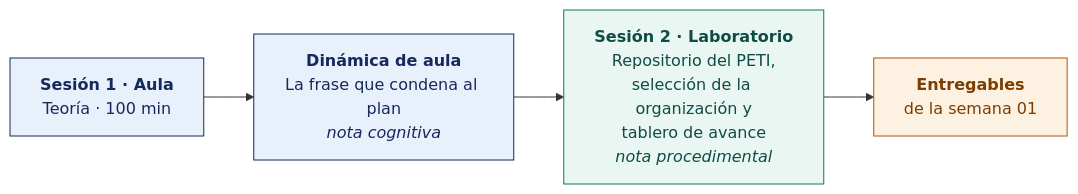
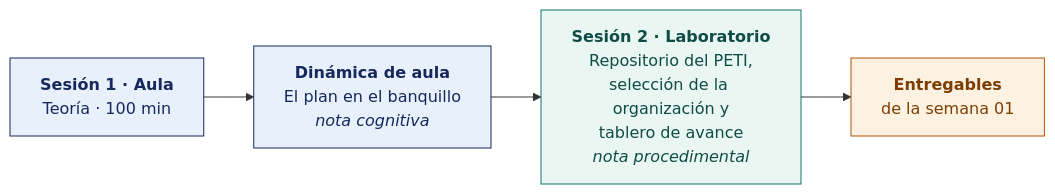
Before and after one commit to OscarJimenezFlores/PETI: the diagram in SEMANA-01/README.md, drawn with Mermaid. The commit also changed other lines of this file and 48 other files, not shown here.

````diff
--- a/SEMANA-01/README.md
+++ b/SEMANA-01/README.md
@@ -47,14 +47,14 @@
 ```mermaid
 flowchart LR
     A["<b>Sesión 1 · Aula</b><br/>Teoría · 100 min"]
-    B["<b>Dinámica de aula</b><br/>La frase que condena al plan<br/><i>nota cognitiva</i>"]
+    B["<b>Dinámica de aula</b><br/>El plan en el banquillo<br/><i>nota cognitiva</i>"]
     C["<b>Sesión 2 · Laboratorio</b><br/>Repositorio del PETI,<br/>selección de la organización y<br/>tablero de avance<br/><i>nota procedimental</i>"]
     D["<b>Entregables</b><br/>de la semana 01"]
     A --> B --> C --> D
     classDef aula fill:#E8F1FB,stroke:#16285C,stroke-width:1px,color:#16285C;
     classDef lab fill:#E9F6F2,stroke:#0F766E,stroke-width:1px,color:#0F4C46;
     classDef ent fill:#FDF2E2,stroke:#B45309,stroke-width:1px,color:#7C3E00;
     class A,B aula;
     class C lab;
     class D ent;
 ```
````
